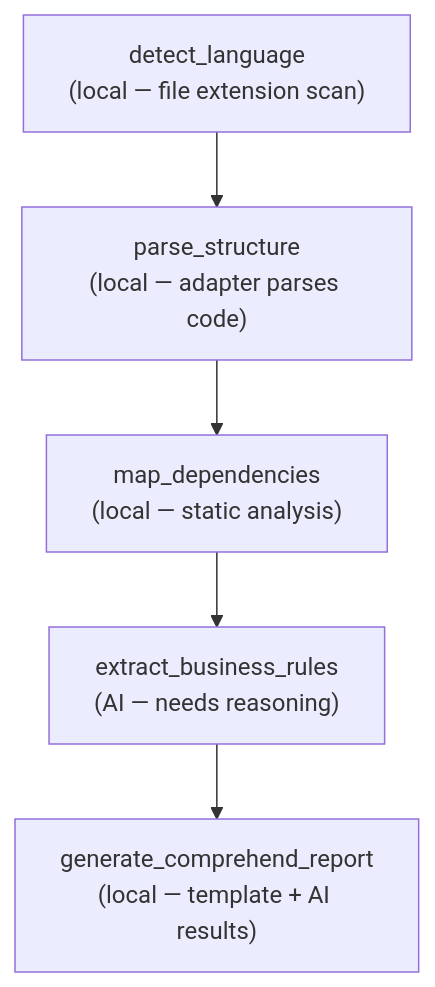
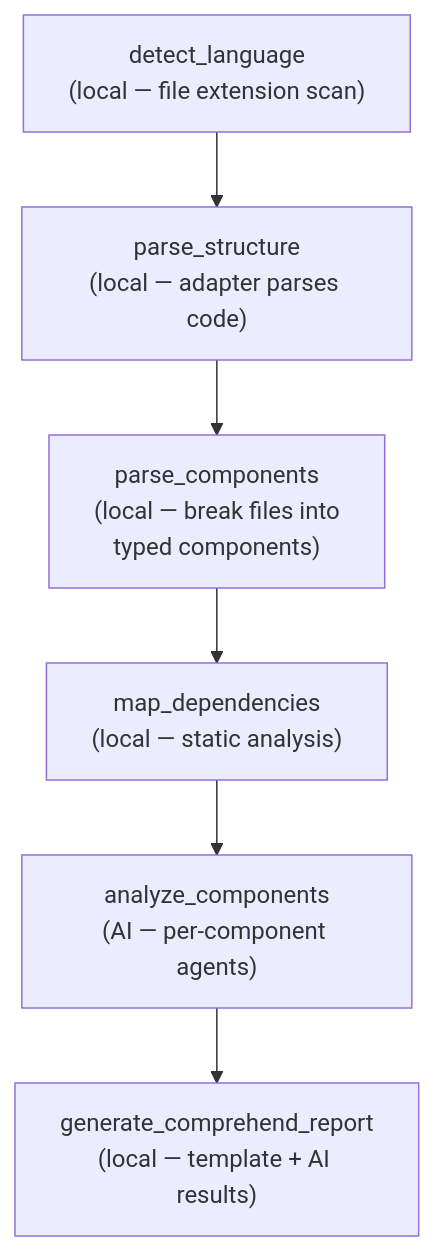
Before and after one commit to koustubh25/scratchpad: diagram 12 of 19 in DESIGN.md, drawn with Mermaid. The commit also changed other lines of this file, not shown here.

````diff
--- a/DESIGN.md
+++ b/DESIGN.md
@@ -371,7 +469,8 @@
 ```mermaid
 flowchart TD
     A1["detect_language\n(local — file extension scan)"] --> A2["parse_structure\n(local — adapter parses code)"]
-    A2 --> A3["map_dependencies\n(local — static analysis)"]
-    A3 --> A4["extract_business_rules\n(AI — needs reasoning)"]
-    A4 --> A5["generate_comprehend_report\n(local — template + AI results)"]
+    A2 --> A3["parse_components\n(local — break files into\ntyped components)"]
+    A3 --> A4["map_dependencies\n(local — static analysis)"]
+    A4 --> A5["analyze_components\n(AI — per-component agents)"]
+    A5 --> A6["generate_comprehend_report\n(local — template + AI results)"]
 ```
````
